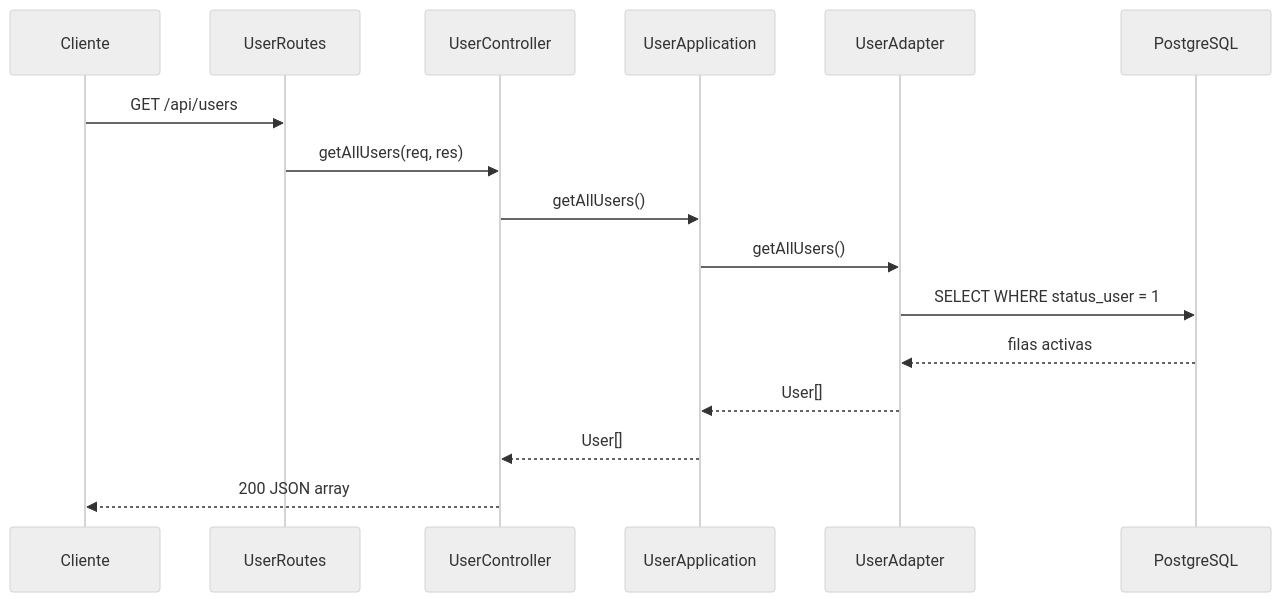
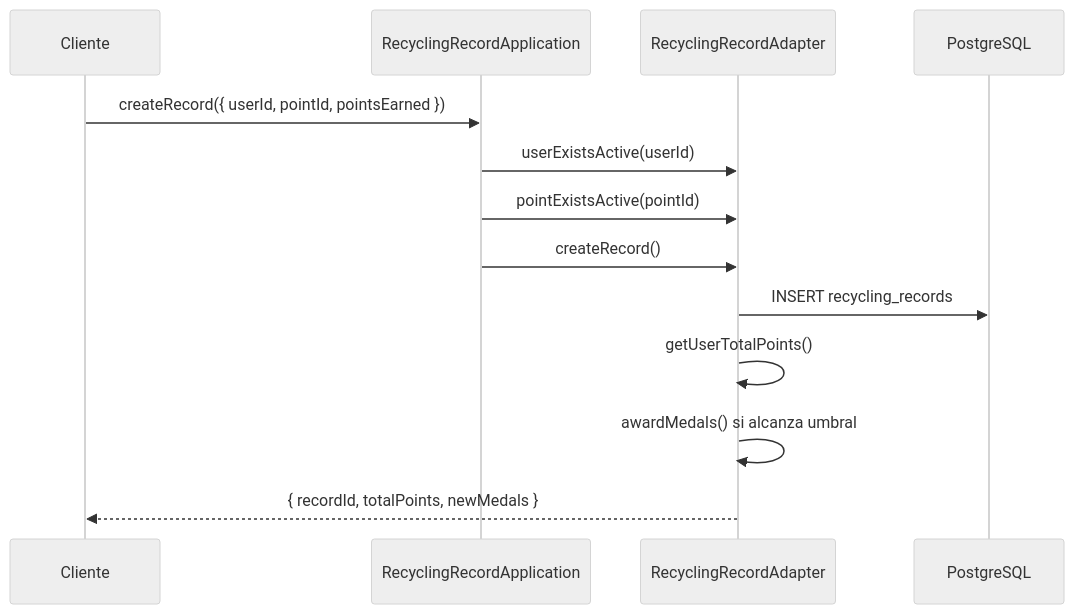
Before and after one commit to Steven-R78/EcoPoint: the fourth of 4 diagrams in backend/ARQUITECTURA.md, drawn with Mermaid (neutral theme). The commit also changed other lines of this file and 1 other file, not shown here.

````diff
--- a/backend/ARQUITECTURA.md
+++ b/backend/ARQUITECTURA.md
@@ -178,19 +230,16 @@
 ```mermaid
 sequenceDiagram
     participant Cliente
-    participant Routes as UserRoutes
-    participant Ctrl as UserController
-    participant App as UserApplication
-    participant Adapter as UserAdapter
+    participant App as RecyclingRecordApplication
+    participant Adapter as RecyclingRecordAdapter
     participant DB as PostgreSQL
 
-    Cliente->>Routes: GET /api/users
-    Routes->>Ctrl: getAllUsers(req, res)
-    Ctrl->>App: getAllUsers()
-    App->>Adapter: getAllUsers()
-    Adapter->>DB: SELECT WHERE status_user = 1
-    DB-->>Adapter: filas activas
-    Adapter-->>App: User[]
-    App-->>Ctrl: User[]
-    Ctrl-->>Cliente: 200 JSON array
+    Cliente->>App: createRecord({ userId, pointId, pointsEarned })
+    App->>Adapter: userExistsActive(userId)
+    App->>Adapter: pointExistsActive(pointId)
+    App->>Adapter: createRecord()
+    Adapter->>DB: INSERT recycling_records
+    Adapter->>Adapter: getUserTotalPoints()
+    Adapter->>Adapter: awardMedals() si alcanza umbral
+    Adapter-->>Cliente: { recordId, totalPoints, newMedals }
 ```
````
